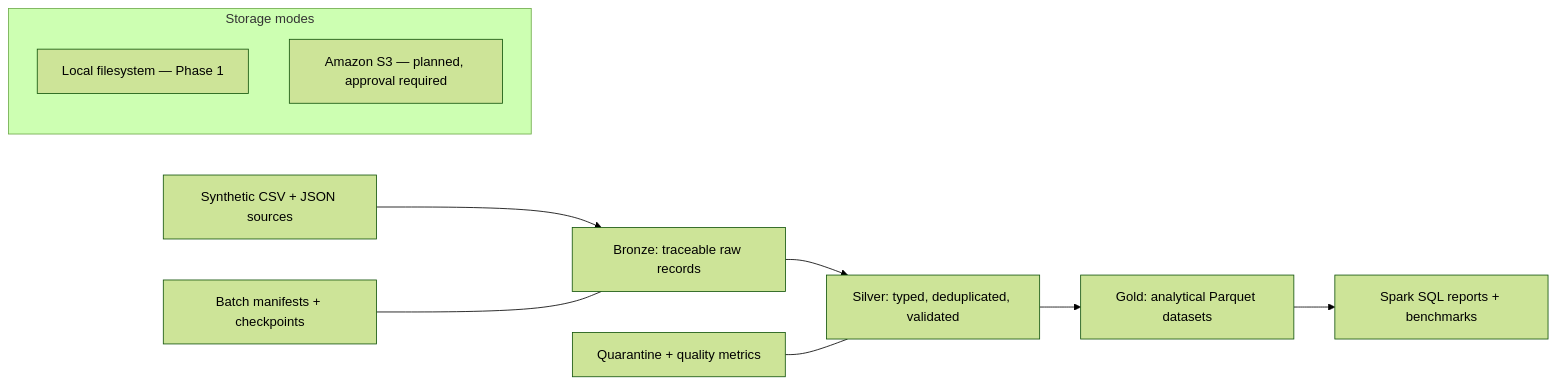
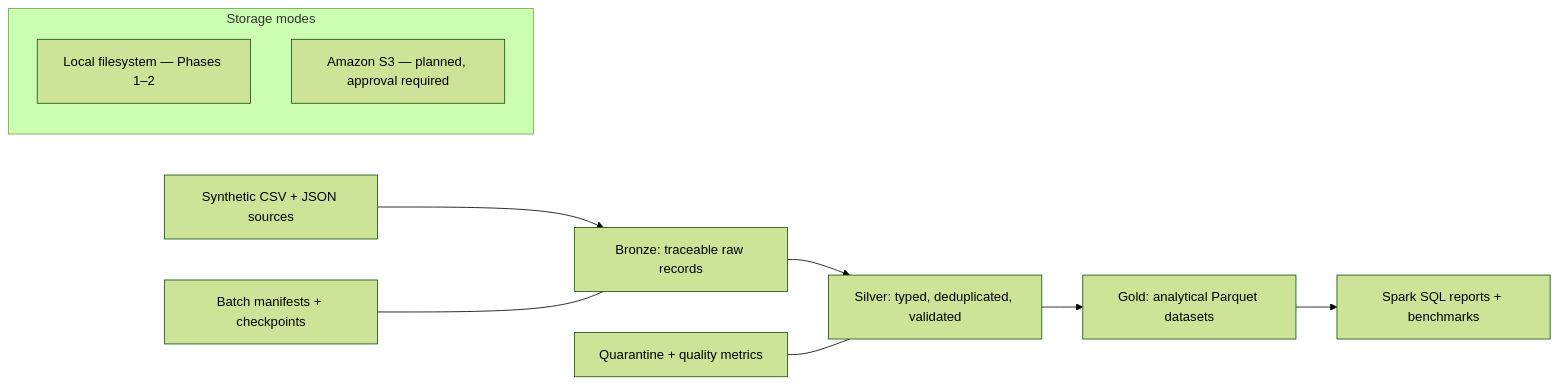
The diagram in README.md (ZohairShakir/Distributed-E-Commerce-Analytics-Data-Lake), drawn with Mermaid (forest theme) before and after one commit. The commit also changed other lines of this file and 11 other files, not shown here.

````diff
--- a/README.md
+++ b/README.md
@@ -13,14 +13,14 @@
 ```mermaid
 flowchart LR
     A["Synthetic CSV + JSON sources"] --> B["Bronze: traceable raw records"]
     B --> C["Silver: typed, deduplicated, validated"]
     C --> D["Gold: analytical Parquet datasets"]
     D --> E["Spark SQL reports + benchmarks"]
     Q["Quarantine + quality metrics"] --- C
     M["Batch manifests + checkpoints"] --- B
 
     subgraph Storage modes
-      L["Local filesystem — Phase 1"]
+      L["Local filesystem — Phases 1–2"]
       S["Amazon S3 — planned, approval required"]
     end
 ```
````
